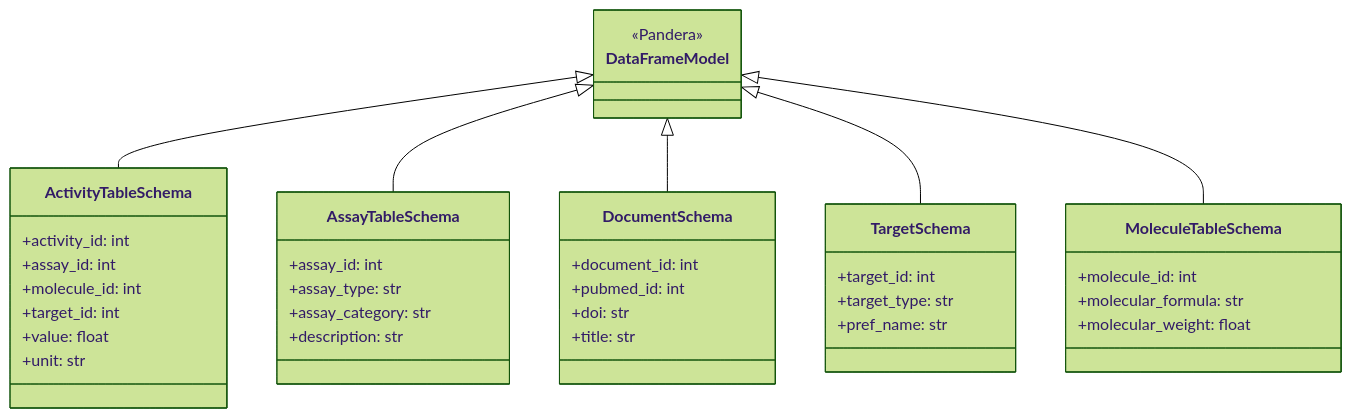
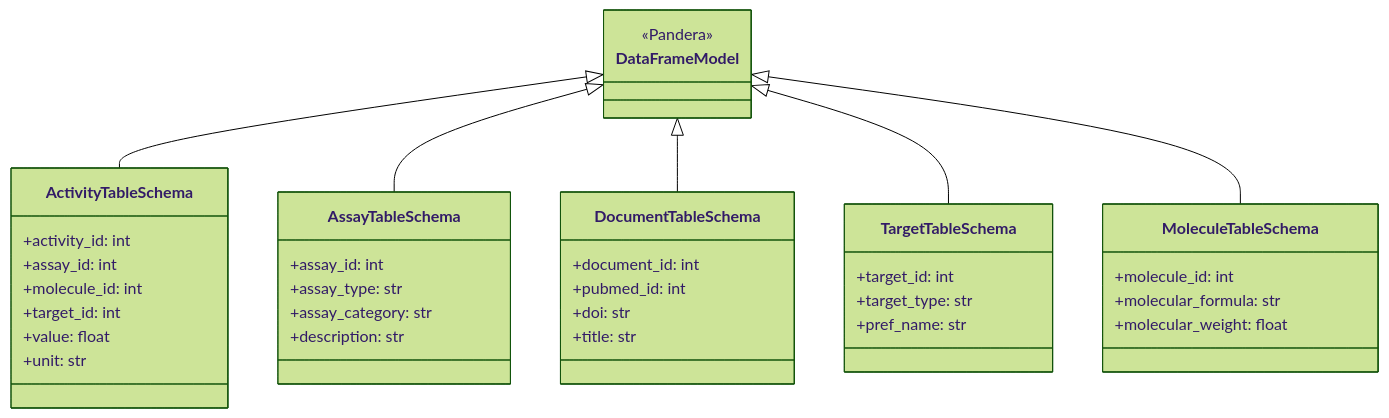
Before and after one commit to SatoryKono/BioactivityDataAcquisition: the fifth of 10 diagrams in docs/architecture/14-class-diagrams-domain.md, drawn with Mermaid (forest theme). The commit also changed 53 other files, not shown here.

````diff
--- a/docs/architecture/14-class-diagrams-domain.md
+++ b/docs/architecture/14-class-diagrams-domain.md
@@ -177,50 +177,50 @@
 ```mermaid
 ---
 id: 023d3963-24e3-4381-9d3b-0b2c34a5685b
 ---
 classDiagram
     class DataFrameModel {
         <<Pandera>>
     }
 
     class ActivityTableSchema {
         +activity_id: int
         +assay_id: int
         +molecule_id: int
         +target_id: int
         +value: float
         +unit: str
     }
 
     class AssayTableSchema {
         +assay_id: int
         +assay_type: str
         +assay_category: str
         +description: str
     }
 
-    class DocumentSchema {
+    class DocumentTableSchema {
         +document_id: int
         +pubmed_id: int
         +doi: str
         +title: str
     }
 
-    class TargetSchema {
+    class TargetTableSchema {
         +target_id: int
         +target_type: str
         +pref_name: str
     }
 
     class MoleculeTableSchema {
         +molecule_id: int
         +molecular_formula: str
         +molecular_weight: float
     }
 
     DataFrameModel <|-- ActivityTableSchema
     DataFrameModel <|-- AssayTableSchema
-    DataFrameModel <|-- DocumentSchema
-    DataFrameModel <|-- TargetSchema
+    DataFrameModel <|-- DocumentTableSchema
+    DataFrameModel <|-- TargetTableSchema
     DataFrameModel <|-- MoleculeTableSchema
 ```
````
